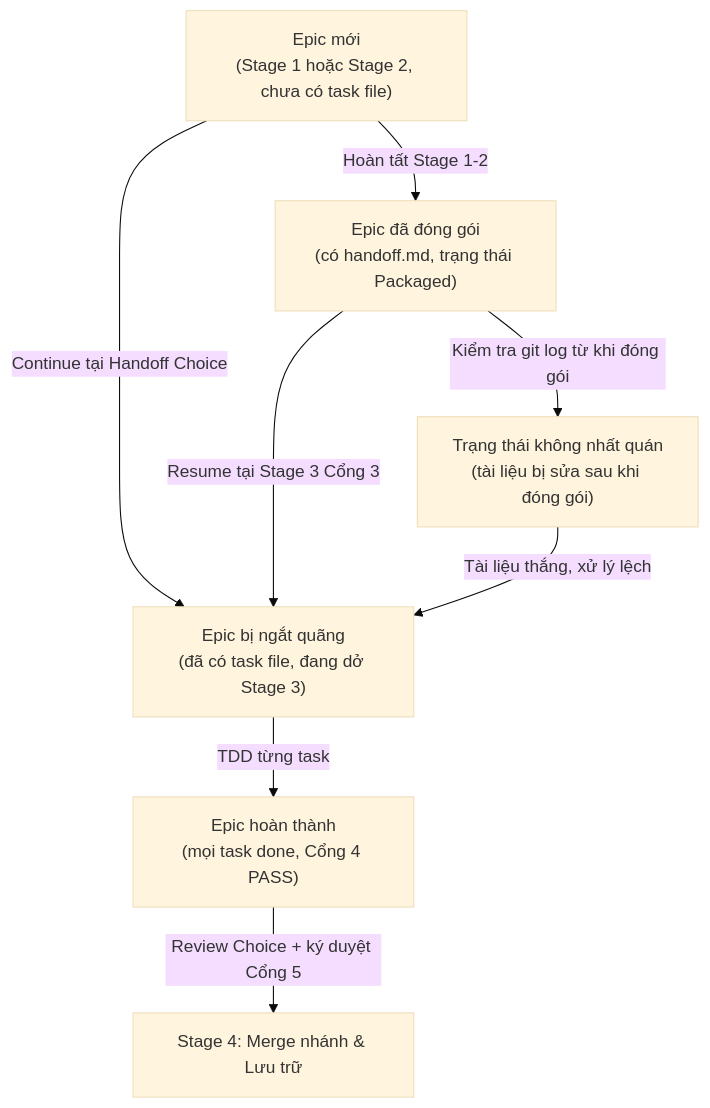
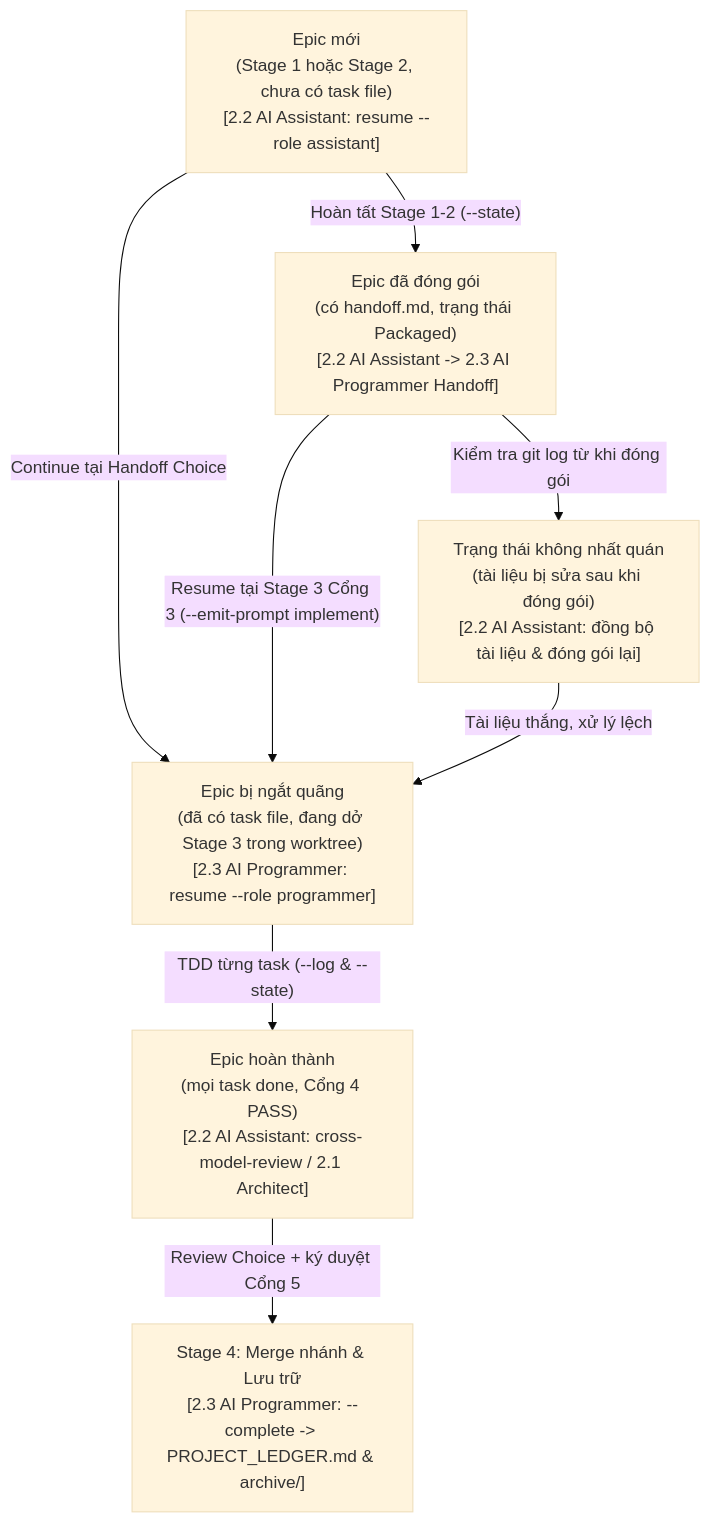
Before and after one commit to DanhDue/ai-agent-tools: the second of 5 diagrams in docs/lifecycles.vi.md, drawn with Mermaid (base theme). The commit also changed other lines of this file and 3 other files, not shown here.

First line of the commit message:
[CONTEXT_MEMORY_QUICK_GUIDE] Add Tri-Role context memory quick-guide and update lifecycle diagrams

````diff
--- a/docs/lifecycles.vi.md
+++ b/docs/lifecycles.vi.md
@@ -114,16 +114,17 @@
 ```mermaid
 flowchart TD
-    FRESH["Epic mới<br/>(Stage 1 hoặc Stage 2, chưa có task file)"]
-    PKG["Epic đã đóng gói<br/>(có handoff.md, trạng thái Packaged)"]
-    INTR["Epic bị ngắt quãng<br/>(đã có task file, đang dở Stage 3)"]
-    DONE_EPIC["Epic hoàn thành<br/>(mọi task done, Cổng 4 PASS)"]
-    INCON["Trạng thái không nhất quán<br/>(tài liệu bị sửa sau khi đóng gói)"]
+    FRESH["Epic mới<br/>(Stage 1 hoặc Stage 2, chưa có task file)<br/>[2.2 AI Assistant: resume --role assistant]"]
+    PKG["Epic đã đóng gói<br/>(có handoff.md, trạng thái Packaged)<br/>[2.2 AI Assistant -> 2.3 AI Programmer Handoff]"]
+    INTR["Epic bị ngắt quãng<br/>(đã có task file, đang dở Stage 3 trong worktree)<br/>[2.3 AI Programmer: resume --role programmer]"]
+    DONE_EPIC["Epic hoàn thành<br/>(mọi task done, Cổng 4 PASS)<br/>[2.2 AI Assistant: cross-model-review / 2.1 Architect]"]
+    INCON["Trạng thái không nhất quán<br/>(tài liệu bị sửa sau khi đóng gói)<br/>[2.2 AI Assistant: đồng bộ tài liệu &amp; đóng gói lại]"]
+    MERGED["Stage 4: Merge nhánh &amp; Lưu trữ<br/>[2.3 AI Programmer: --complete -> PROJECT_LEDGER.md &amp; archive/]"]
 
-    FRESH -->|"Hoàn tất Stage 1-2"| PKG
+    FRESH -->|"Hoàn tất Stage 1-2 (--state)"| PKG
     FRESH -->|"Continue tại Handoff Choice"| INTR
     PKG -->|"Kiểm tra git log từ khi đóng gói"| INCON
-    PKG -->|"Resume tại Stage 3 Cổng 3"| INTR
+    PKG -->|"Resume tại Stage 3 Cổng 3 (--emit-prompt implement)"| INTR
     INCON -->|"Tài liệu thắng, xử lý lệch"| INTR
-    INTR -->|"TDD từng task"| DONE_EPIC
-    DONE_EPIC -->|"Review Choice + ký duyệt Cổng 5"| MERGED["Stage 4: Merge nhánh & Lưu trữ"]
+    INTR -->|"TDD từng task (--log &amp; --state)"| DONE_EPIC
+    DONE_EPIC -->|"Review Choice + ký duyệt Cổng 5"| MERGED
 ```
````
